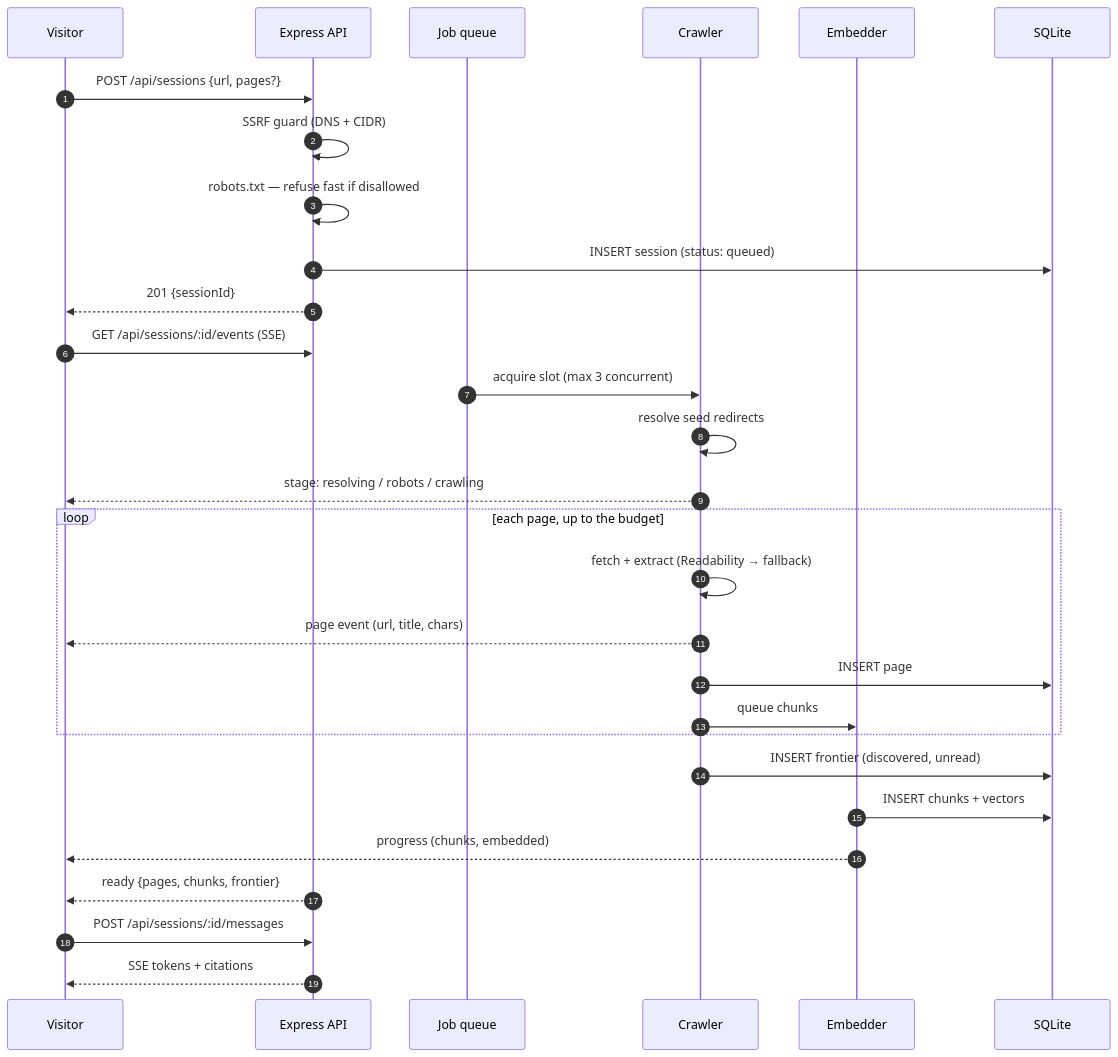
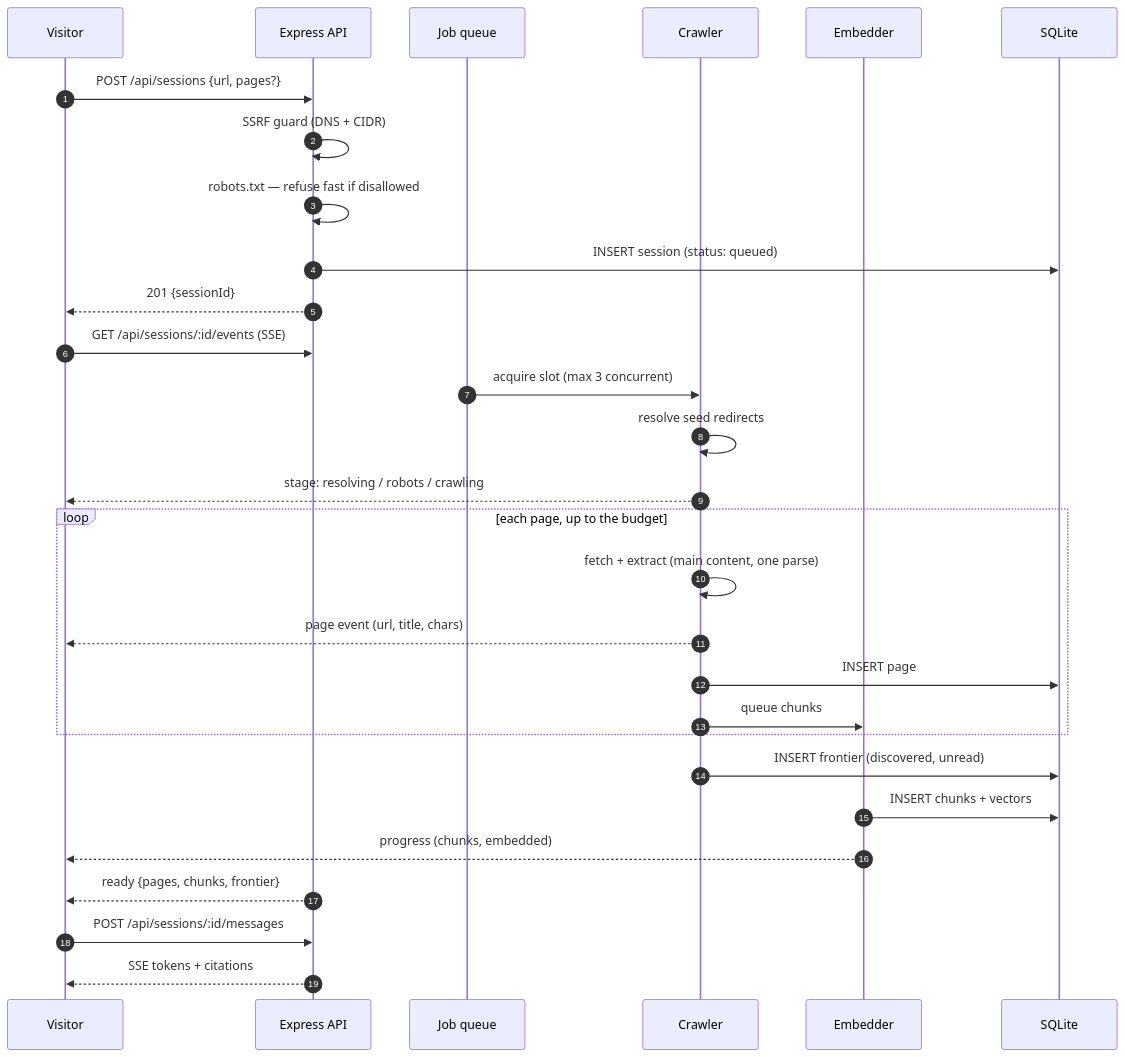
The second of 10 diagrams in README.md (jjalcantara1/instant_chatbot), drawn with Mermaid before and after one commit. The commit also changed other lines of this file and 32 other files, not shown here.

````diff
--- a/README.md
+++ b/README.md
@@ -102,33 +106,33 @@
 ```mermaid
 sequenceDiagram
     autonumber
     participant V as Visitor
     participant API as Express API
     participant J as Job queue
     participant C as Crawler
     participant E as Embedder
     participant DB as SQLite
 
     V->>API: POST /api/sessions {url, pages?}
     API->>API: SSRF guard (DNS + CIDR)
     API->>API: robots.txt — refuse fast if disallowed
     API->>DB: INSERT session (status: queued)
     API-->>V: 201 {sessionId}
     V->>API: GET /api/sessions/:id/events (SSE)
 
     J->>C: acquire slot (max 3 concurrent)
     C->>C: resolve seed redirects
     C-->>V: stage: resolving / robots / crawling
     loop each page, up to the budget
-        C->>C: fetch + extract (Readability → fallback)
+        C->>C: fetch + extract (main content, one parse)
         C-->>V: page event (url, title, chars)
         C->>DB: INSERT page
         C->>E: queue chunks
     end
     C->>DB: INSERT frontier (discovered, unread)
     E->>DB: INSERT chunks + vectors
     E-->>V: progress (chunks, embedded)
     API-->>V: ready {pages, chunks, frontier}
     V->>API: POST /api/sessions/:id/messages
     API-->>V: SSE tokens + citations
 ```
````
